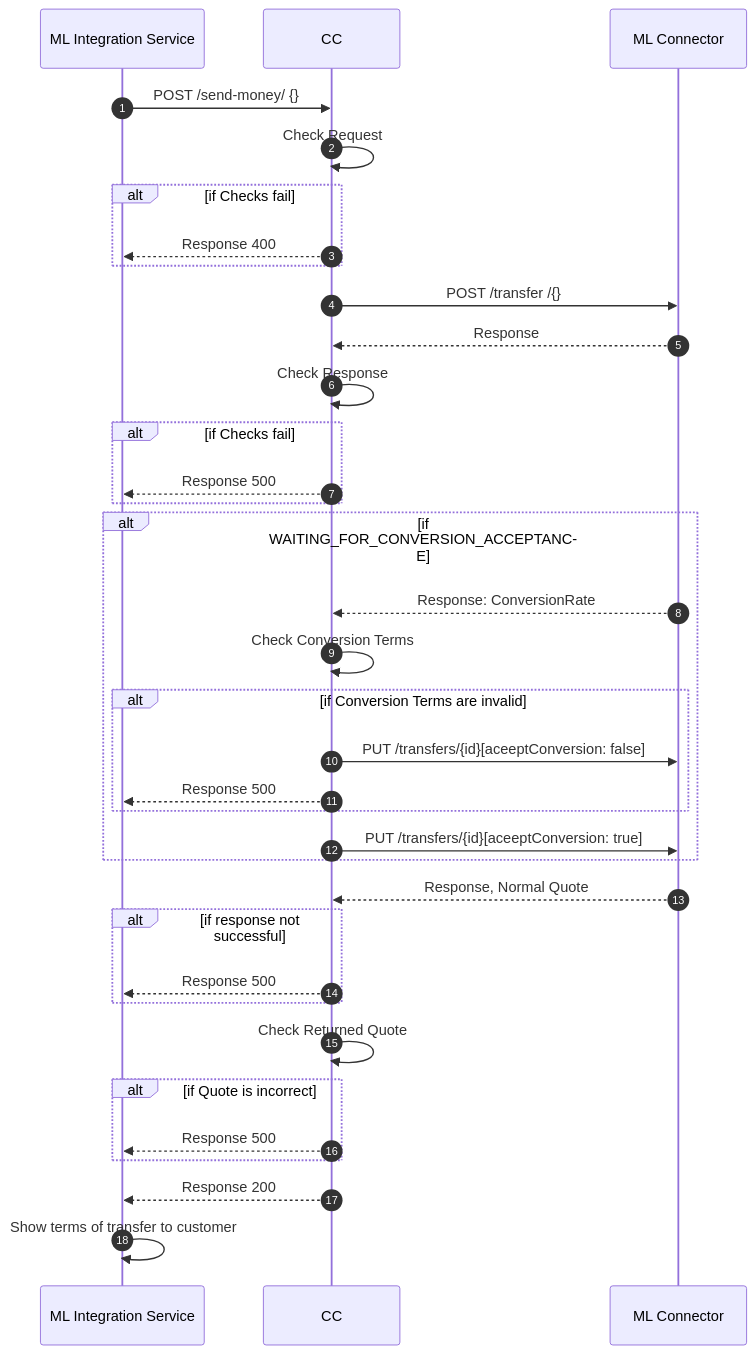
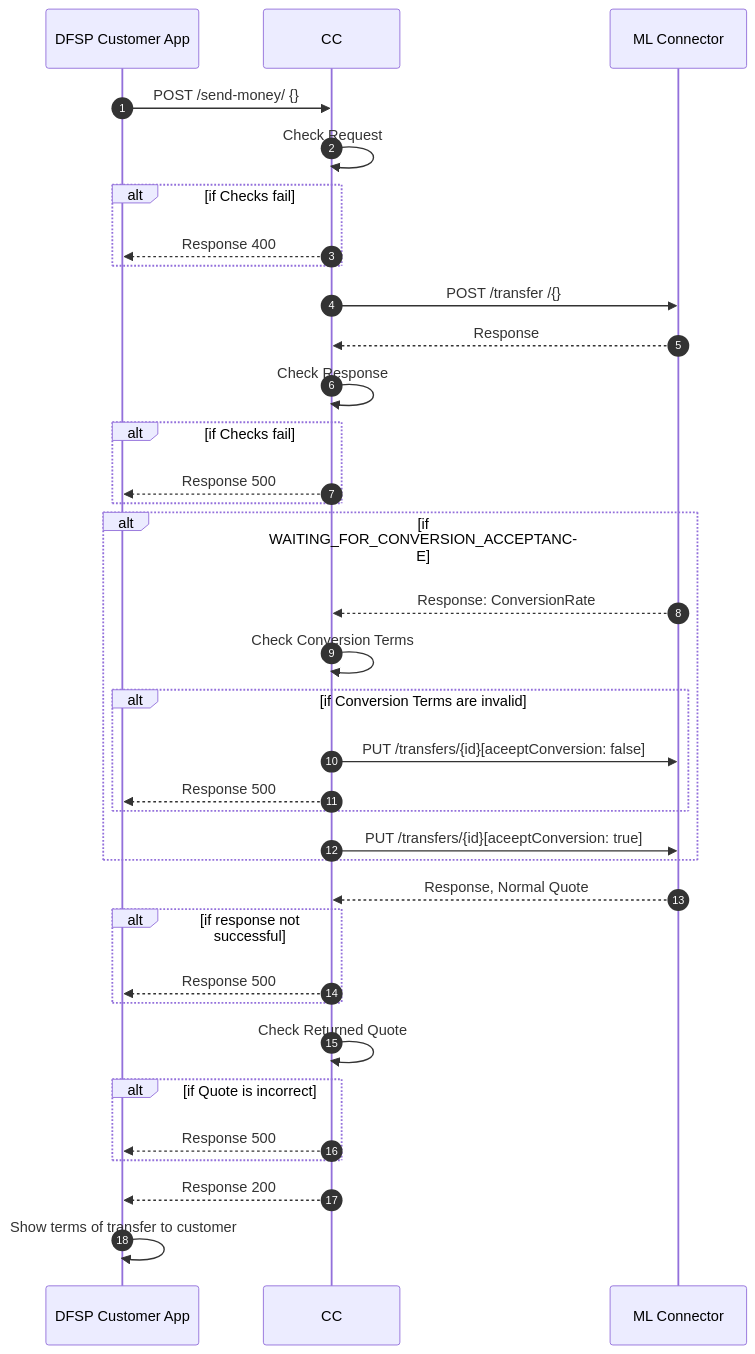
The diagram in core-connector-template/docs/payer-send-money.md (mojaloop/ml-reference-connectors), drawn with Mermaid before and after one commit. The commit also changed 5 other files, not shown here.

Commit message:
docs: refined template sequence diagrams and documentation

````diff
--- a/core-connector-template/docs/payer-send-money.md
+++ b/core-connector-template/docs/payer-send-money.md
@@ -3,35 +3,35 @@
 ```mermaid
 sequenceDiagram
   autoNumber
-  ML Integration Service->>CC: POST /send-money/ {}
+  DFSP Customer App->>CC: POST /send-money/ {}
   CC->>CC: Check Request
   Alt if Checks fail
-  CC-->>ML Integration Service: Response 400
+  CC-->>DFSP Customer App: Response 400
   End
   CC->>ML Connector: POST /transfer /{}
   ML Connector-->>CC: Response
   CC->> CC: Check Response
   Alt if Checks fail
-  CC-->>ML Integration Service: Response 500
+  CC-->>DFSP Customer App: Response 500
   End
 
   Alt if WAITING_FOR_CONVERSION_ACCEPTANCE
   ML Connector-->>CC: Response: ConversionRate
   CC->>CC: Check Conversion Terms
   Alt if Conversion Terms are invalid
   CC->>ML Connector: PUT /transfers/{id}[aceeptConversion: false]
-  CC-->>ML Integration Service: Response 500
+  CC-->>DFSP Customer App: Response 500
   End
   CC->>ML Connector: PUT /transfers/{id}[aceeptConversion: true]
   End
   ML Connector-->>CC:Response, Normal Quote
   Alt if response not successful
-  CC-->>ML Integration Service: Response 500
+  CC-->>DFSP Customer App: Response 500
   End
   CC->>CC: Check Returned Quote
   Alt if Quote is incorrect
-  CC-->>ML Integration Service: Response 500
+  CC-->>DFSP Customer App: Response 500
   End
-  CC-->>ML Integration Service: Response 200
-  ML Integration Service->>ML Integration Service:Show terms of transfer to customer
+  CC-->>DFSP Customer App: Response 200
+  DFSP Customer App->>DFSP Customer App:Show terms of transfer to customer
 ```
````
